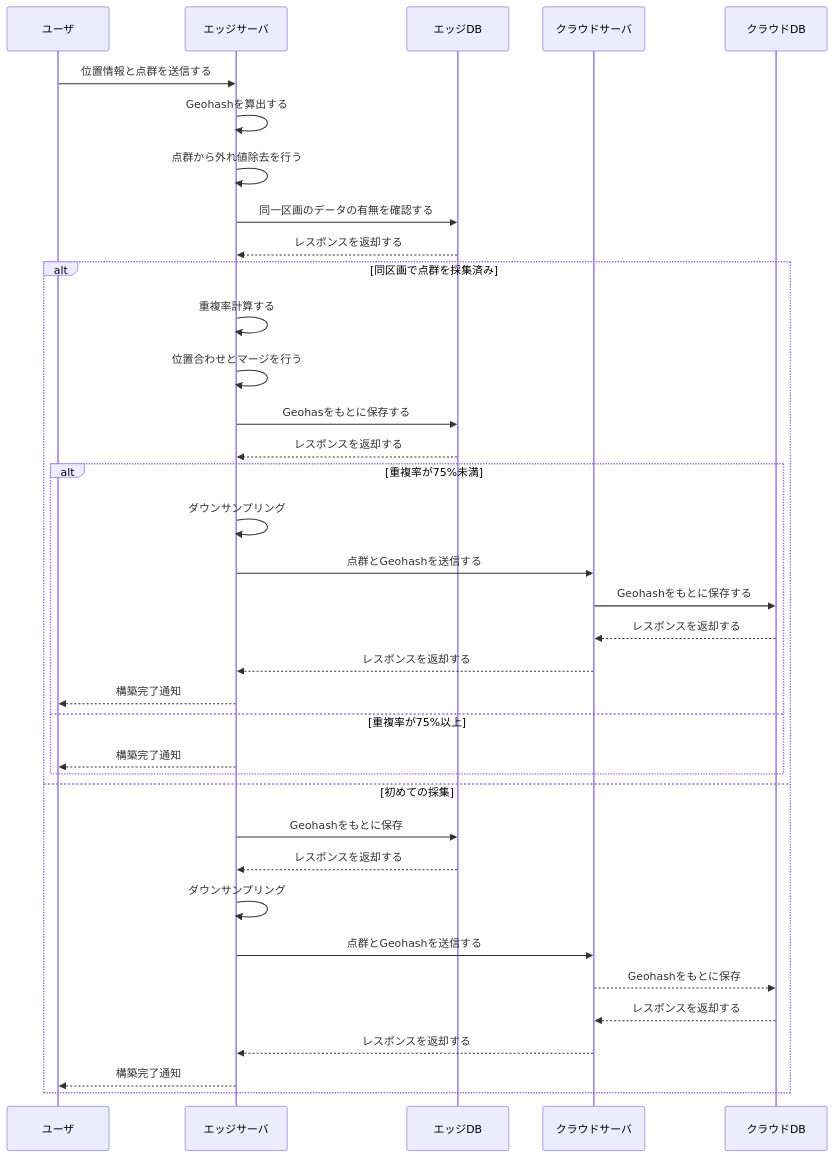
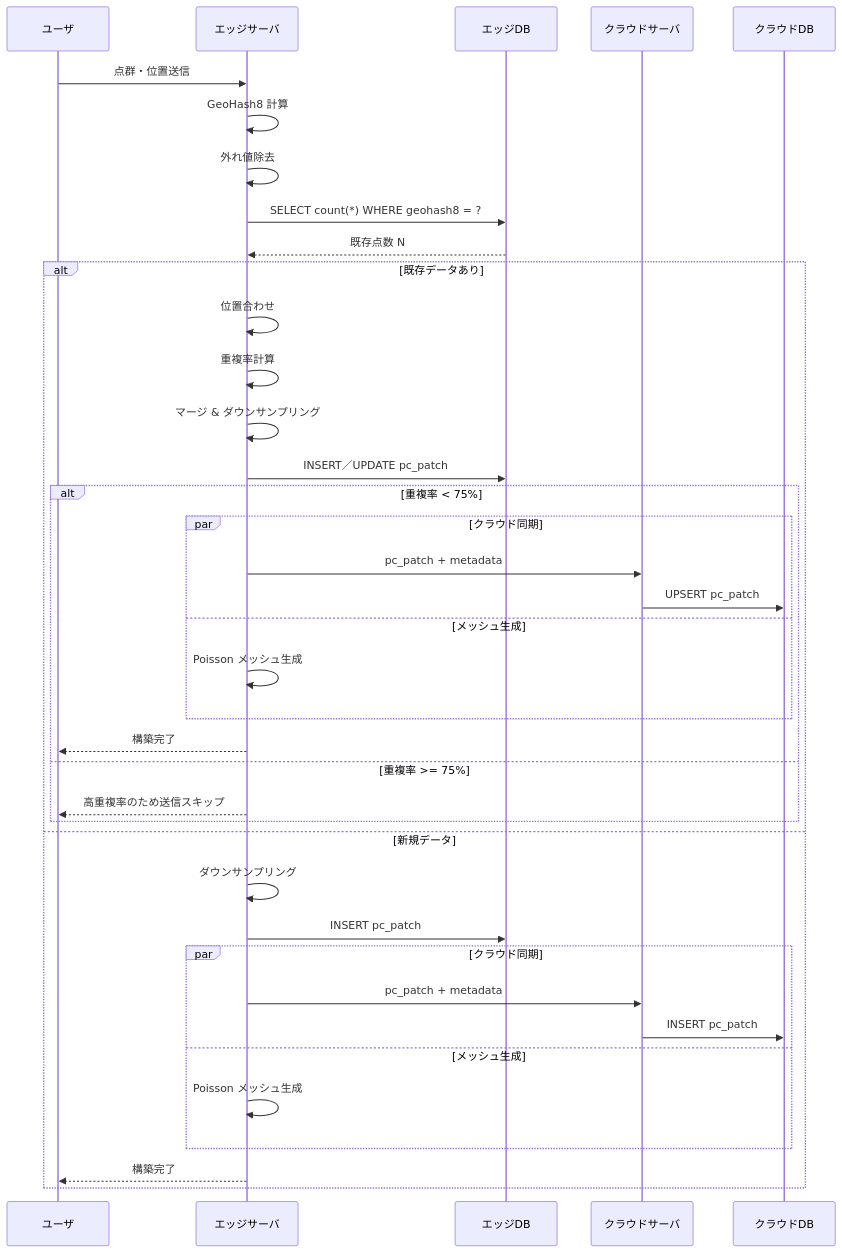
Before and after one commit to yoyo1025/laboratory: the diagram in system-design/detail-construction.md, drawn with Mermaid. The commit also changed 1 other file, not shown here.

Commit message:
add: tmp

````diff
--- a/system-design/detail-construction.md
+++ b/system-design/detail-construction.md
@@ -1,39 +1,45 @@
 ```mermaid
 sequenceDiagram
-    participant ユーザ
-    participant エッジサーバ
-    participant エッジDB
-    participant クラウドサーバ
-    participant クラウドDB
+    participant User        as ユーザ
+    participant EdgeSrv    as エッジサーバ
+    participant EdgeDB      as エッジDB
+    participant CloudSrv    as クラウドサーバ
+    participant CloudDB     as クラウドDB
 
-    ユーザ->>エッジサーバ:位置情報と点群を送信する
-    エッジサーバ->>エッジサーバ: Geohashを算出する
-    エッジサーバ->>エッジサーバ: 点群から外れ値除去を行う
-    エッジサーバ->>エッジDB: 同一区画のデータの有無を確認する
-    エッジDB-->>エッジサーバ: レスポンスを返却する
-    alt 同区画で点群を採集済み
-        エッジサーバ->>エッジサーバ: 重複率計算する
-        エッジサーバ->>エッジサーバ: 位置合わせとマージを行う
-        エッジサーバ->>エッジDB: Geohasをもとに保存する
-        エッジDB-->>エッジサーバ: レスポンスを返却する
-        alt 重複率が75%未満
-            エッジサーバ->>エッジサーバ: ダウンサンプリング
-            エッジサーバ->>クラウドサーバ: 点群とGeohashを送信する
-            クラウドサーバ->>クラウドDB: Geohashをもとに保存する
-            クラウドDB-->>クラウドサーバ: レスポンスを返却する
-            クラウドサーバ-->>エッジサーバ: レスポンスを返却する
-            エッジサーバ-->>ユーザ: 構築完了通知
-        else 重複率が75%以上
-            エッジサーバ-->>ユーザ: 構築完了通知
+    User->>EdgeSrv: 点群・位置送信
+
+    EdgeSrv->>EdgeSrv: GeoHash8 計算
+    EdgeSrv->>EdgeSrv: 外れ値除去
+
+    EdgeSrv->>EdgeDB: SELECT count(*) WHERE geohash8 = ?
+    EdgeDB-->>EdgeSrv: 既存点数 N
+
+    alt 既存データあり
+        EdgeSrv->>EdgeSrv: 位置合わせ
+        EdgeSrv->>EdgeSrv: 重複率計算
+        EdgeSrv->>EdgeSrv: マージ & ダウンサンプリング
+        EdgeSrv->>EdgeDB: INSERT／UPDATE pc_patch
+
+        alt 重複率 < 75%
+            par クラウド同期
+                EdgeSrv->>CloudSrv: pc_patch + metadata
+                CloudSrv->>CloudDB: UPSERT pc_patch
+            and メッシュ生成
+                EdgeSrv->>EdgeSrv: Poisson メッシュ生成
+            end
+            EdgeSrv-->>User: 構築完了
+        else 重複率 >= 75%
+            EdgeSrv-->>User: 高重複率のため送信スキップ
         end
-    else 初めての採集
-        エッジサーバ->>エッジDB: Geohashをもとに保存
-        エッジDB-->>エッジサーバ: レスポンスを返却する
-        エッジサーバ->>エッジサーバ: ダウンサンプリング
-        エッジサーバ->>クラウドサーバ: 点群とGeohashを送信する
-        クラウドサーバ-->>クラウドDB: Geohashをもとに保存
-        クラウドDB-->>クラウドサーバ: レスポンスを返却する
-        クラウドサーバ-->>エッジサーバ: レスポンスを返却する
-        エッジサーバ-->>ユーザ: 構築完了通知
+    else 新規データ
+        EdgeSrv->>EdgeSrv: ダウンサンプリング
+        EdgeSrv->>EdgeDB: INSERT pc_patch
+         par クラウド同期
+                EdgeSrv->>CloudSrv: pc_patch + metadata
+                CloudSrv->>CloudDB: INSERT pc_patch
+            and メッシュ生成
+                EdgeSrv->>EdgeSrv: Poisson メッシュ生成
+            end
+        EdgeSrv-->>User: 構築完了
     end
 ```
````
